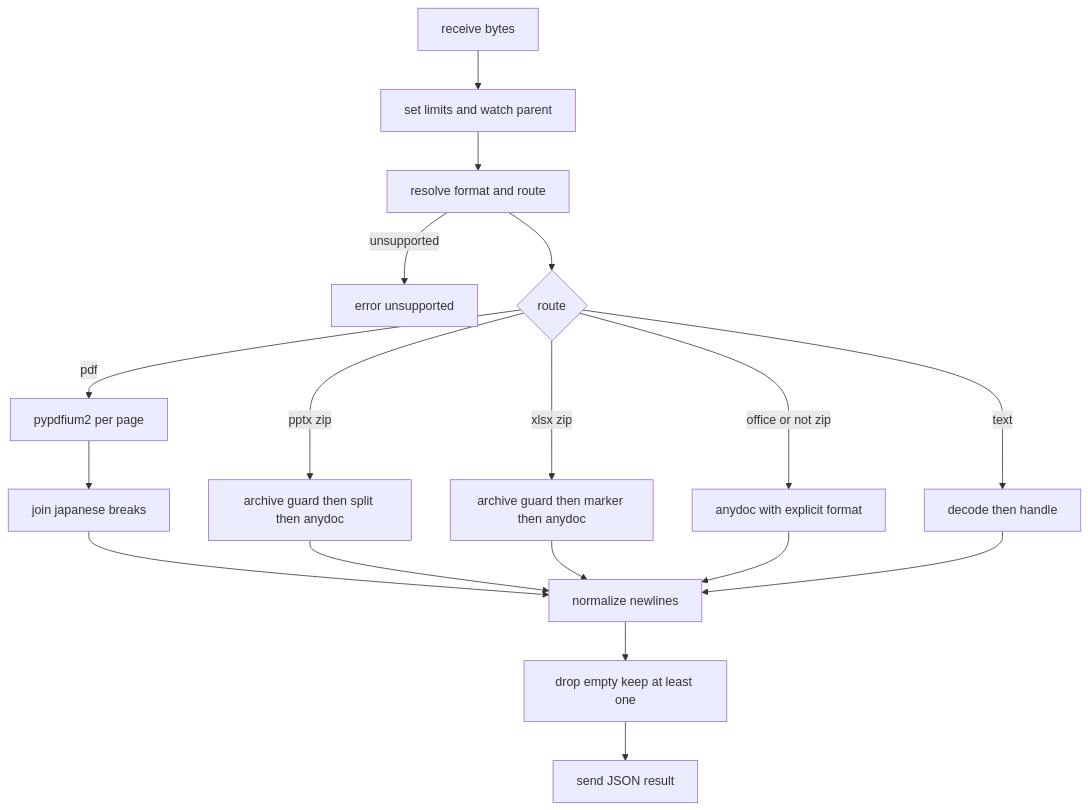
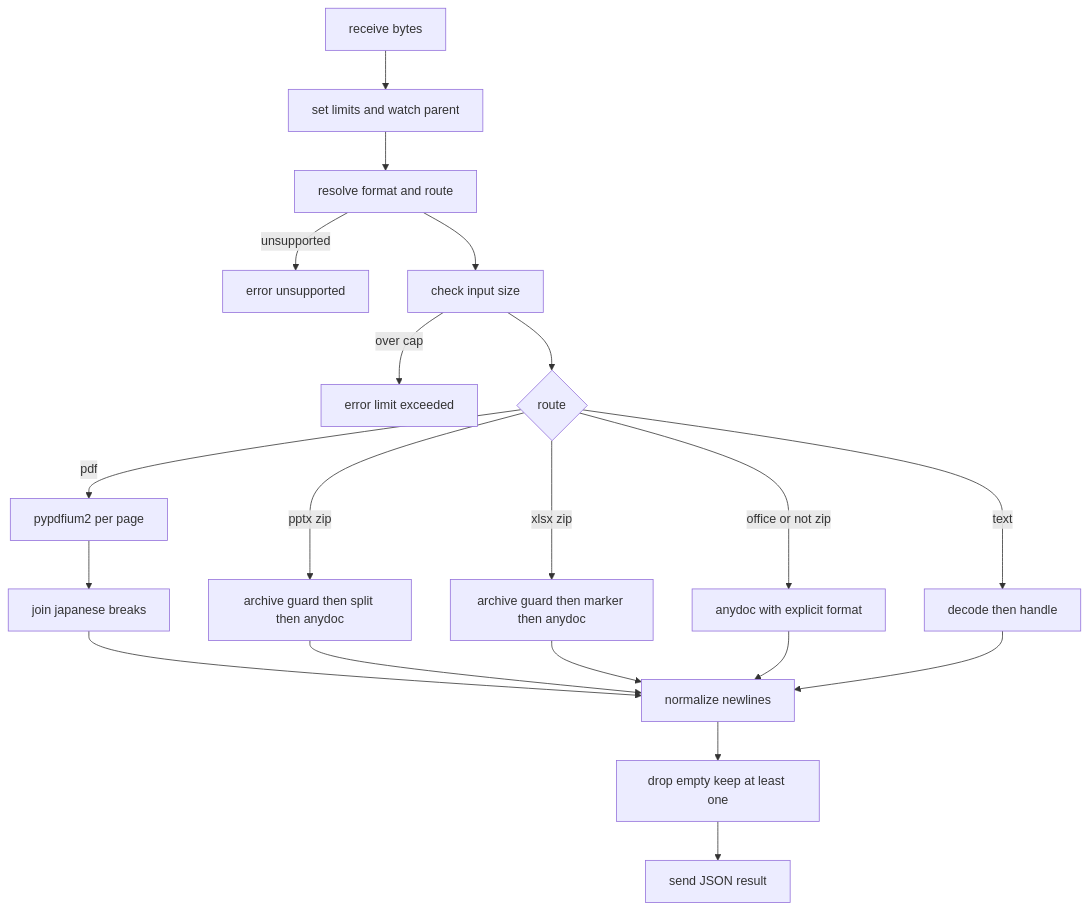
One commit to growilabs/growi changed the third of 3 diagrams in .kiro/specs/attachment-search-text-extractor/design.md. Above: the diagram before and after it, drawn with Mermaid. The commit also changed other lines of this file and 5 other files, not shown here.

````diff
--- a/.kiro/specs/attachment-search-text-extractor/design.md
+++ b/.kiro/specs/attachment-search-text-extractor/design.md
@@ -278,20 +207,22 @@
 ```mermaid
 graph TB
     Start[receive bytes] --> Limits[set limits and watch parent]
     Limits --> Resolve[resolve format and route]
     Resolve -->|unsupported| ErrUnsupported[error unsupported]
-    Resolve --> Route{route}
+    Resolve --> Size[check input size]
+    Size -->|over cap| ErrLimit[error limit exceeded]
+    Size --> Route{route}
     Route -->|pdf| PdfPath[pypdfium2 per page]
     Route -->|pptx zip| PptxPath[archive guard then split then anydoc]
     Route -->|xlsx zip| XlsxPath[archive guard then marker then anydoc]
     Route -->|office or not zip| OfficePath[anydoc with explicit format]
     Route -->|text| TextPath[decode then handle]
     PdfPath --> Join[join japanese breaks]
     Join --> Norm[normalize newlines]
     PptxPath --> Norm
     XlsxPath --> Norm
     OfficePath --> Norm
     TextPath --> Norm
     Norm --> Empty[drop empty keep at least one]
     Empty --> Send[send JSON result]
 ```
````
